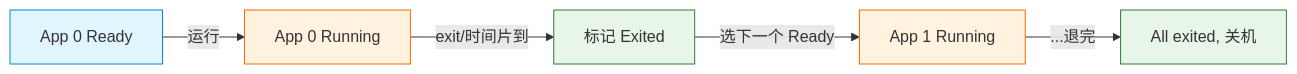
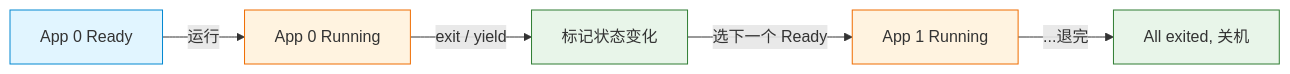
One commit to AM-SuSh/EVOLVE changed the third of 3 diagrams in os-lab/labs/lab2-trap-and-task.md. Above: the diagram before and after it, drawn with Mermaid. The commit also changed other lines of this file and 34 other files, not shown here.

````diff
--- a/os-lab/labs/lab2-trap-and-task.md
+++ b/os-lab/labs/lab2-trap-and-task.md
@@ -110,14 +222,14 @@
 ```mermaid
 graph LR
     A["App 0 Ready"] -->|"运行"| B["App 0 Running"]
-    B -->|"exit/时间片到"| C["标记 Exited"]
+    B -->|"exit / yield"| C["标记状态变化"]
     C -->|"选下一个 Ready"| D["App 1 Running"]
     D -->|"...退完"| E["All exited, 关机"]
 
     classDef ready fill:#e1f5ff,stroke:#0288d1;
     classDef run fill:#fff3e0,stroke:#ef6c00;
     classDef done fill:#e8f5e9,stroke:#2e7d32;
     class A ready;
     class B,D run;
     class C,E done;
 ```
````
